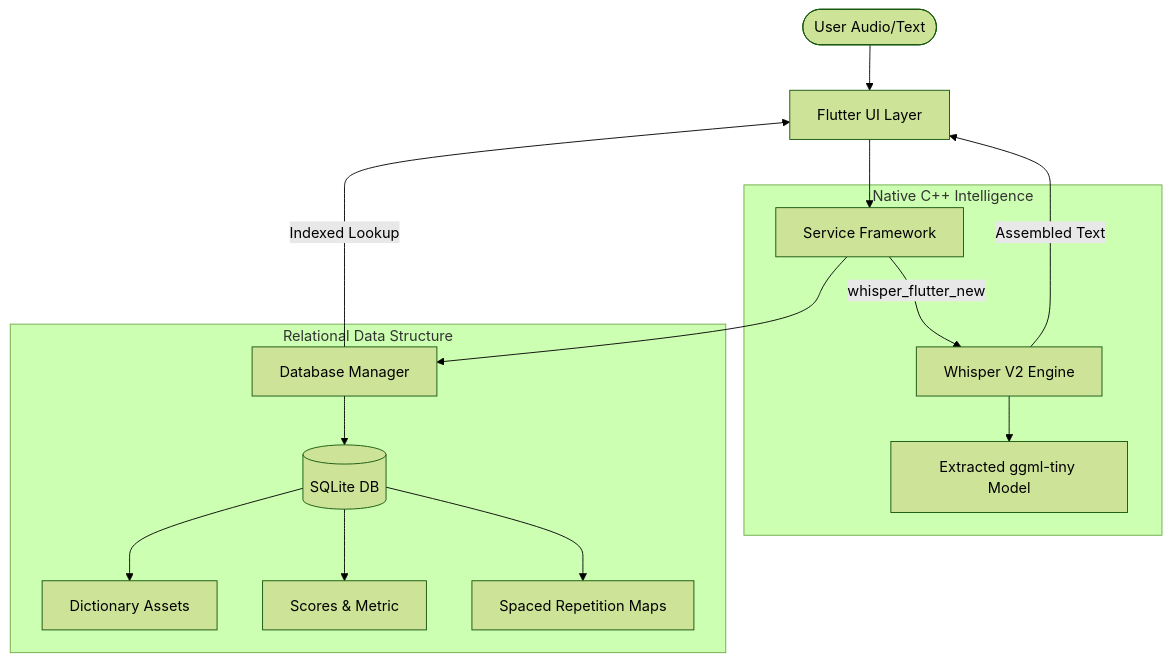
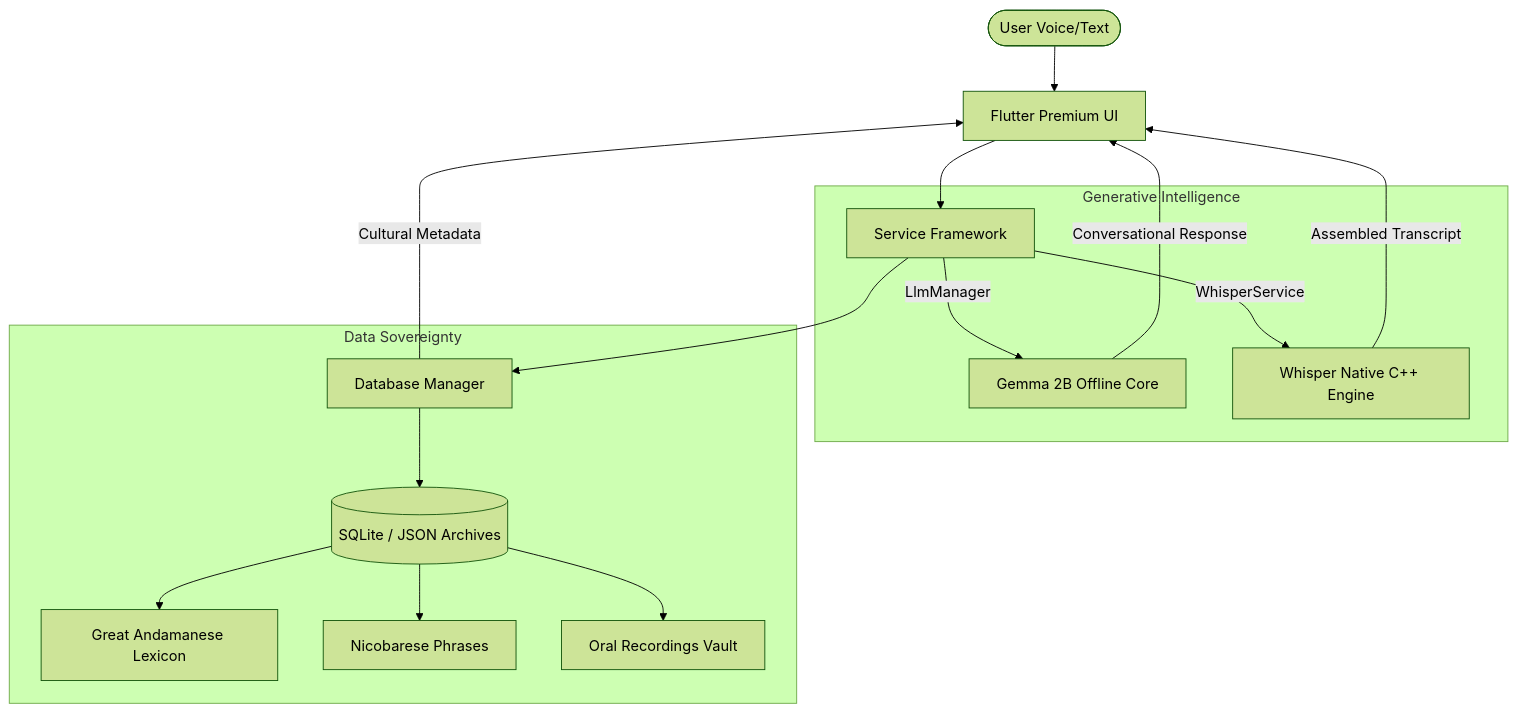
The diagram in README.md (sathiyatskrj/Speechmate), drawn with Mermaid (forest theme) before and after one commit. The commit also changed other lines of this file, not shown here.

````diff
--- a/README.md
+++ b/README.md
@@ -103,21 +71,22 @@
 ```mermaid
 graph TD
-    User([User Audio/Text]) --> UI[Flutter UI Layer]
+    User([User Voice/Text]) --> UI[Flutter Premium UI]
     UI --> Service[Service Framework]
     
-    subgraph "Native C++ Intelligence"
-        Service --> |whisper_flutter_new| Whisper[Whisper V2 Engine]
-        Whisper --> Model[Extracted ggml-tiny Model]
+    subgraph "Generative Intelligence"
+        Service --> |LlmManager| Gemma[Gemma 2B Offline Core]
+        Service --> |WhisperService| Whisper[Whisper Native C++ Engine]
     end
     
-    subgraph "Relational Data Structure"
+    subgraph "Data Sovereignty"
         Service --> DB[Database Manager]
-        DB --> SQLite[(SQLite DB)]
-        SQLite --> D1[Dictionary Assets]
-        SQLite --> D2[Scores & Metric]
-        SQLite --> D3[Spaced Repetition Maps]
+        DB --> SQLite[(SQLite / JSON Archives)]
+        SQLite --> D1[Great Andamanese Lexicon]
+        SQLite --> D2[Nicobarese Phrases]
+        SQLite --> D3[Oral Recordings Vault]
     end
     
-    Whisper --> |Assembled Text| UI
-    DB --> |Indexed Lookup| UI
+    Gemma --> |Conversational Response| UI
+    Whisper --> |Assembled Transcript| UI
+    DB --> |Cultural Metadata| UI
 ```
````
